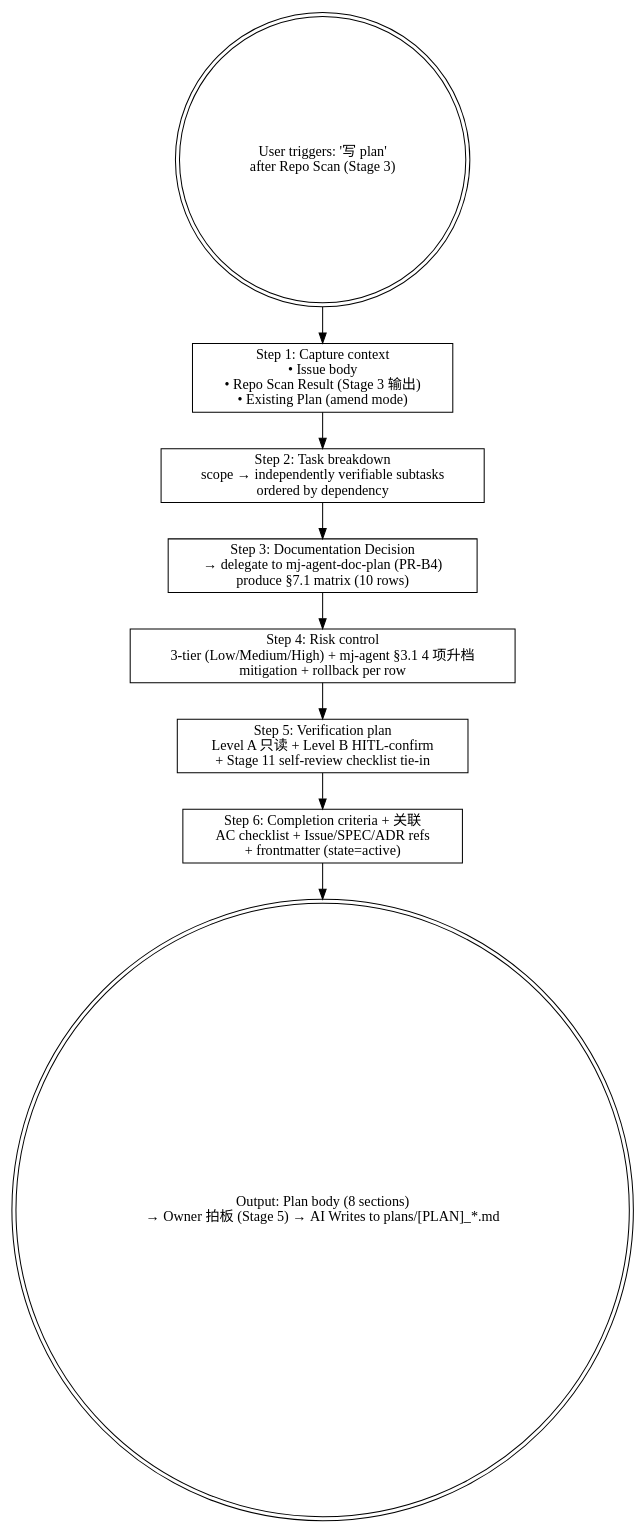
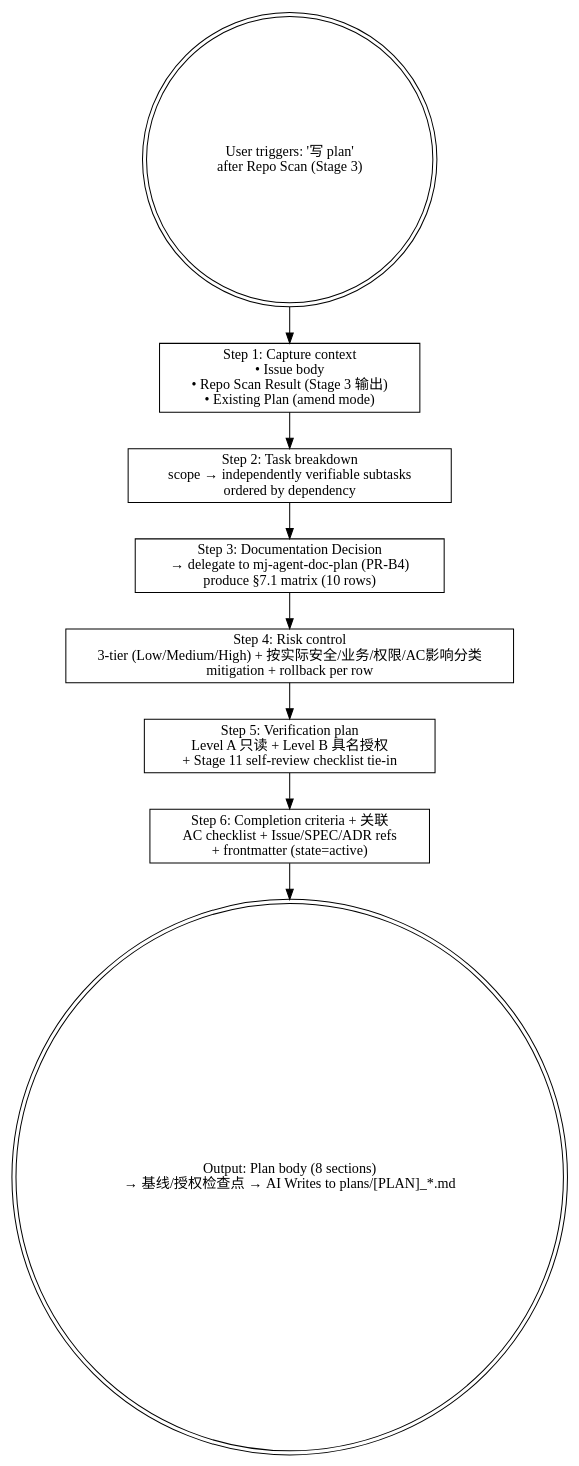
One commit to MJ-AgentLab/mj-agent changed the diagram in .agents/skills/mj-agent-flow-plan/SKILL.md. Above: the diagram before and after it, drawn with Graphviz. The commit also changed other lines of this file and 134 other files, not shown here.

````diff
--- a/.agents/skills/mj-agent-flow-plan/SKILL.md
+++ b/.agents/skills/mj-agent-flow-plan/SKILL.md
@@ -36,17 +37,17 @@
 ```dot
 digraph plan {
   rankdir=TB;
   start [label="User triggers: '写 plan'\nafter Repo Scan (Stage 3)" shape=doublecircle];
 
   s1 [label="Step 1: Capture context\n• Issue body\n• Repo Scan Result (Stage 3 输出)\n• Existing Plan (amend mode)" shape=box];
   s2 [label="Step 2: Task breakdown\nscope → independently verifiable subtasks\nordered by dependency" shape=box];
   s3 [label="Step 3: Documentation Decision\n→ delegate to mj-agent-doc-plan (PR-B4)\nproduce §7.1 matrix (10 rows)" shape=box];
-  s4 [label="Step 4: Risk control\n3-tier (Low/Medium/High) + mj-agent §3.1 4 项升档\nmitigation + rollback per row" shape=box];
-  s5 [label="Step 5: Verification plan\nLevel A 只读 + Level B HITL-confirm\n+ Stage 11 self-review checklist tie-in" shape=box];
+  s4 [label="Step 4: Risk control\n3-tier (Low/Medium/High) + 按实际安全/业务/权限/AC影响分类\nmitigation + rollback per row" shape=box];
+  s5 [label="Step 5: Verification plan\nLevel A 只读 + Level B 具名授权\n+ Stage 11 self-review checklist tie-in" shape=box];
   s6 [label="Step 6: Completion criteria + 关联\nAC checklist + Issue/SPEC/ADR refs\n+ frontmatter (state=active)" shape=box];
 
-  out [label="Output: Plan body (8 sections)\n→ Owner 拍板 (Stage 5) → AI Writes to plans/[PLAN]_*.md" shape=doublecircle];
+  out [label="Output: Plan body (8 sections)\n→ 基线/授权检查点 → AI Writes to plans/[PLAN]_*.md" shape=doublecircle];
 
   start -> s1 -> s2 -> s3 -> s4 -> s5 -> s6 -> out;
 }
 ```
````
